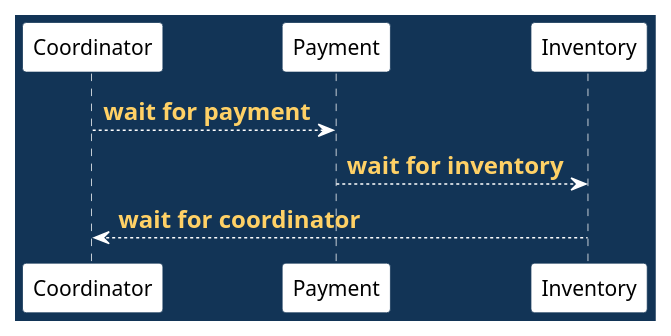
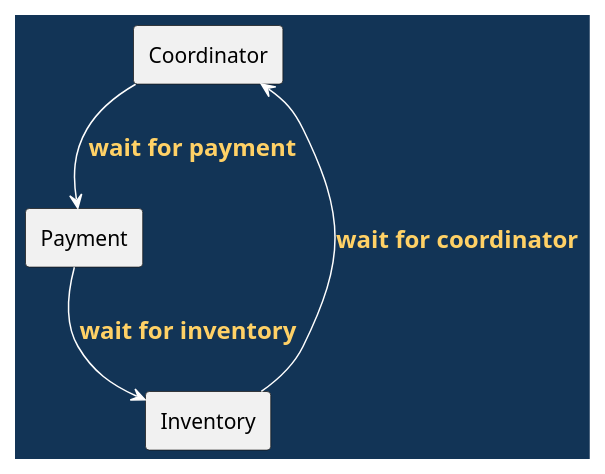
Before and after one commit to madajaju/CS5254: the sixth of 7 diagrams in doc/lectures/week6/missed_signals/README.slides.adoc, drawn with PlantUML. The commit also changed 74 other files, not shown here.

```diff
--- a/doc/lectures/week6/missed_signals/README.slides.adoc
+++ b/doc/lectures/week6/missed_signals/README.slides.adoc
@@ -127,27 +127,27 @@
 [plantuml, width=100%]
 ----
 @startuml
 skinparam backgroundColor #123456
 skinparam defaultFontColor black
 skinparam ArrowColor white
 skinparam ArrowFontColor #ffd166
 skinparam ArrowFontStyle bold
 skinparam ArrowFontSize 16
 skinparam BoxBorderColor #123456
 skinparam BoxFontColor black
 skinparam BoxBackgroundColor white
 skinparam sequence {
   LifeLineBorderColor white
   LifeLineBackgroundColor white
   ParticipantBorderColor #123456
   ParticipantBackgroundColor white
   ParticipantFontColor black
 }
-participant "Coordinator" as C
-participant "Payment" as P
-participant "Inventory" as I
+rectangle "Coordinator" as C
+rectangle "Payment" as P
+rectangle "Inventory" as I
 C --> P : wait for payment
 P --> I : wait for inventory
 I --> C : wait for coordinator
 @enduml
 ----
```
